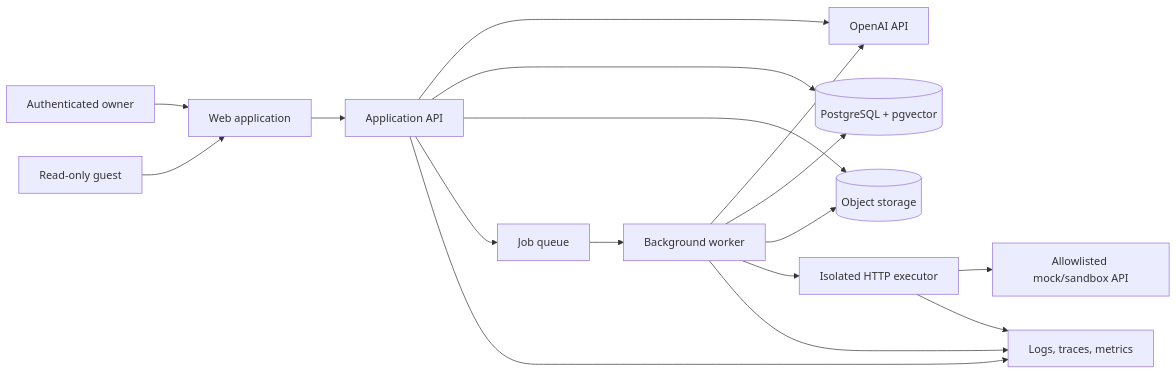
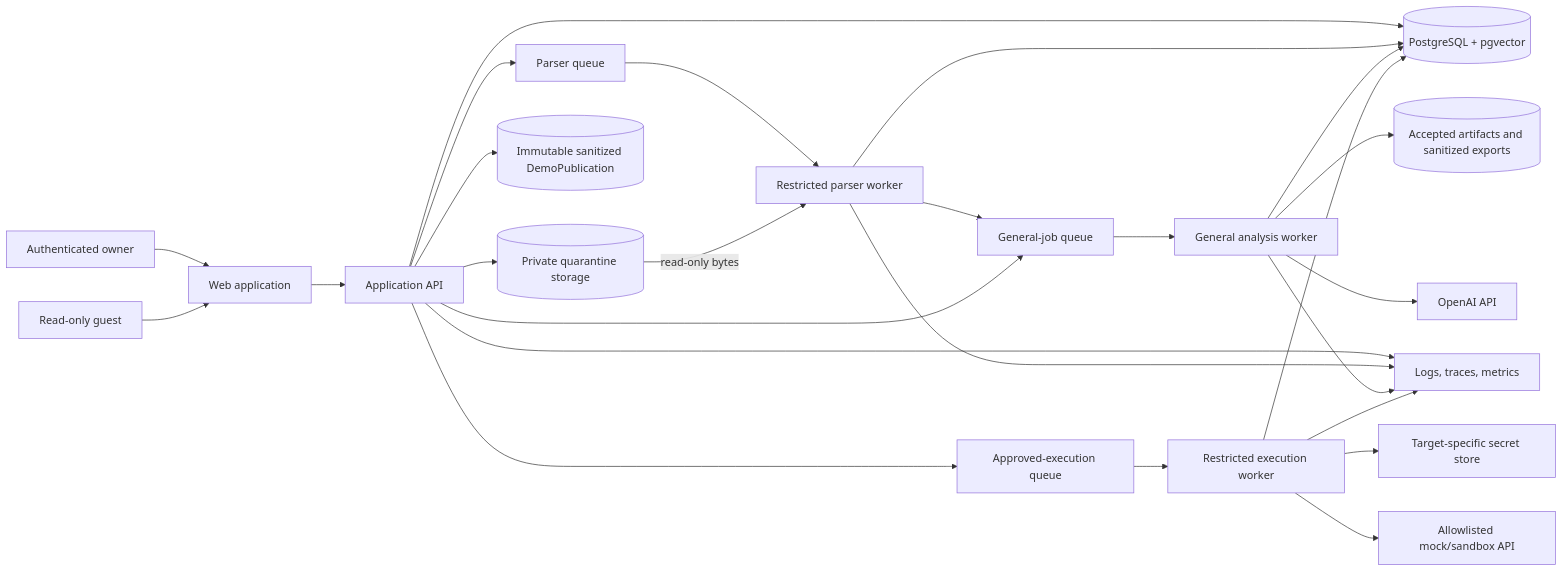
One commit to AdderlyMH/ai-qa-copilot changed the first of 5 diagrams in docs/ARCHITECTURE.md. Above: the diagram before and after it, drawn with Mermaid. The commit also changed other lines of this file and 1 other file, not shown here.

````diff
--- a/docs/ARCHITECTURE.md
+++ b/docs/ARCHITECTURE.md
@@ -37,19 +38,28 @@
 ```mermaid
 flowchart LR
     Owner[Authenticated owner] --> Web[Web application]
     Guest[Read-only guest] --> Web
     Web --> API[Application API]
-    API --> Model[OpenAI API]
     API --> DB[(PostgreSQL + pgvector)]
-    API --> Objects[(Object storage)]
-    API --> Queue[Job queue]
-    Queue --> Worker[Background worker]
-    Worker --> Model
-    Worker --> DB
-    Worker --> Objects
-    Worker --> Executor[Isolated HTTP executor]
+    API --> Quarantine[(Private quarantine storage)]
+    API --> ParserQueue[Parser queue]
+    ParserQueue --> Parser[Restricted parser worker]
+    Quarantine -->|read-only bytes| Parser
+    Parser --> DB
+    Parser --> GeneralQueue[General-job queue]
+    API --> GeneralQueue
+    GeneralQueue --> General[General analysis worker]
+    General --> DB
+    General --> Objects[(Accepted artifacts and sanitized exports)]
+    General --> Model[OpenAI API]
+    API --> ExecutionQueue[Approved-execution queue]
+    ExecutionQueue --> Executor[Restricted execution worker]
+    Executor --> DB
+    Executor --> Secrets[Target-specific secret store]
     Executor --> Sandbox[Allowlisted mock/sandbox API]
+    API --> DemoPublication[(Immutable sanitized DemoPublication)]
     API --> Telemetry[Logs, traces, metrics]
-    Worker --> Telemetry
+    Parser --> Telemetry
+    General --> Telemetry
     Executor --> Telemetry
 ```
````
